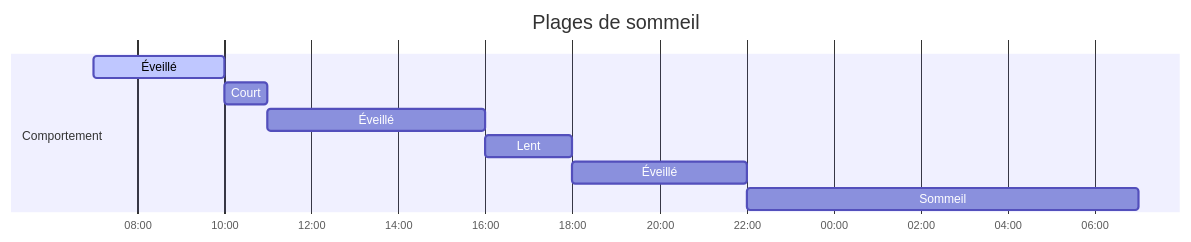
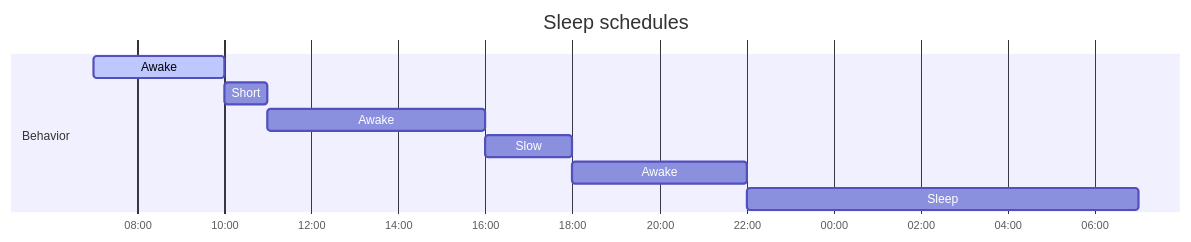
Before and after one commit to protocol-luna/krystal: the sixth of 14 diagrams in README.md, drawn with Mermaid. The commit also changed other lines of this file and 47 other files, not shown here.

Commit message:
translate all docs to English, dark theme diagrams, add export script

````diff
--- a/README.md
+++ b/README.md
@@ -404,15 +404,15 @@
 ```mermaid
 gantt
-    title Plages de sommeil
+    title Sleep schedules
     dateFormat HH:mm
     axisFormat %H:%M
     tickInterval 2hour
 
-    section Comportement
-    Éveillé        : active, 07:00, 3h
-    Court          : short, 10:00, 1h
-    Éveillé        : active2, 11:00, 5h
-    Lent           : slow, 16:00, 2h
-    Éveillé        : active3, 18:00, 4h
-    Sommeil        : sleep, 22:00, 9h
+    section Behavior
+    Awake        : active, 07:00, 3h
+    Short        : short, 10:00, 1h
+    Awake        : active2, 11:00, 5h
+    Slow         : slow, 16:00, 2h
+    Awake        : active3, 18:00, 4h
+    Sleep        : sleep, 22:00, 9h
 ```
````
